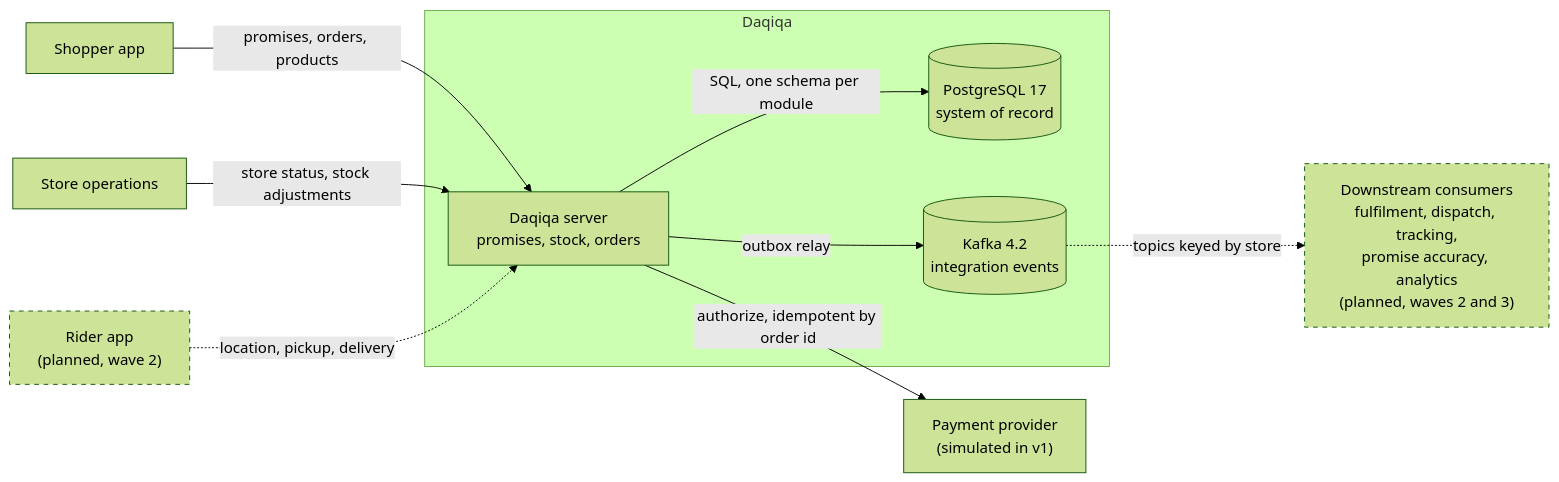
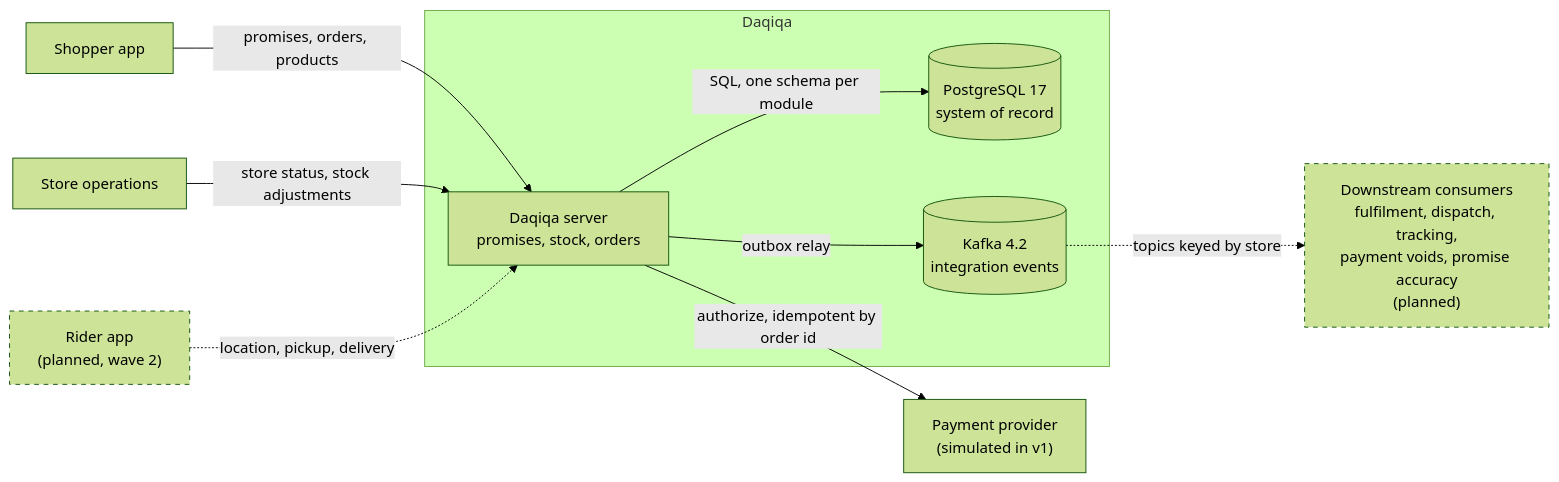
One commit to asemdreibati/daqiqa changed the first of 9 diagrams in docs/architecture/overview.md. Above: the diagram before and after it, drawn with Mermaid (forest theme). The commit also changed other lines of this file, not shown here.

First line of the commit message:
docs: update the architecture guide to the integrated wave 1

````diff
--- a/docs/architecture/overview.md
+++ b/docs/architecture/overview.md
@@ -29,24 +29,24 @@
 ```mermaid
 flowchart LR
     Shopper["Shopper app"]
     Ops["Store operations"]
     Rider["Rider app<br/>(planned, wave 2)"]
     Pay["Payment provider<br/>(simulated in v1)"]
     subgraph Daqiqa["Daqiqa"]
         Server["Daqiqa server<br/>promises, stock, orders"]
         PG[("PostgreSQL 17<br/>system of record")]
         Kafka[("Kafka 4.2<br/>integration events")]
     end
-    Down["Downstream consumers<br/>fulfilment, dispatch, tracking,<br/>promise accuracy, analytics<br/>(planned, waves 2 and 3)"]
+    Down["Downstream consumers<br/>fulfilment, dispatch, tracking,<br/>payment voids, promise accuracy<br/>(planned)"]
 
     Shopper -->|"promises, orders, products"| Server
     Ops -->|"store status, stock adjustments"| Server
     Rider -.->|"location, pickup, delivery"| Server
     Server -->|"authorize, idempotent by order id"| Pay
     Server -->|"SQL, one schema per module"| PG
     Server -->|"outbox relay"| Kafka
     Kafka -.->|"topics keyed by store"| Down
 
     classDef planned stroke-dasharray: 5 5
     class Rider,Down planned
 ```
````
